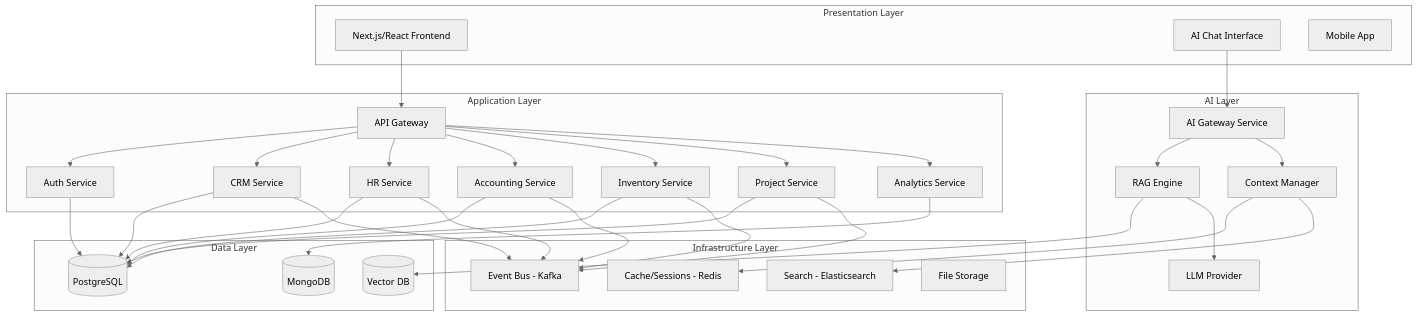
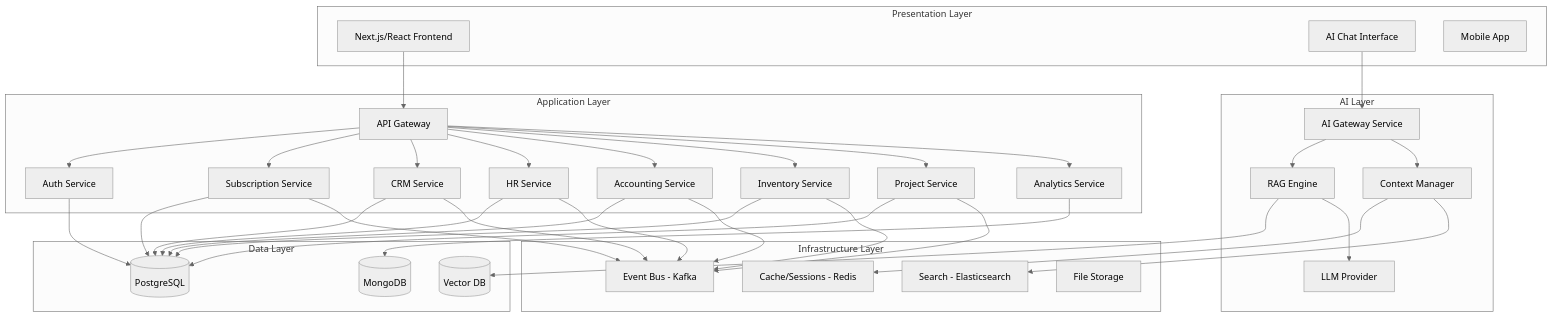
One commit to azad25/erp-suite changed the diagram in 02-architecture/design.md. Above: the diagram before and after it, drawn with Mermaid (neutral theme). The commit also changed other lines of this file and 21 other files, not shown here.

Commit message:
Project architecture update for saas model

````diff
--- a/02-architecture/design.md
+++ b/02-architecture/design.md
@@ -13,70 +13,74 @@
 ```mermaid
 graph TB
     subgraph "Presentation Layer"
         UI[Next.js/React Frontend]
         Chat[AI Chat Interface]
         Mobile[Mobile App]
     end
     
     subgraph "AI Layer"
         AIGateway[AI Gateway Service]
         RAG[RAG Engine]
         LLM[LLM Provider]
         Context[Context Manager]
     end
     
     subgraph "Application Layer"
         Gateway[API Gateway]
         Auth[Auth Service]
+        Subscription[Subscription Service]
         CRM[CRM Service]
         HR[HR Service]
         Accounting[Accounting Service]
         Inventory[Inventory Service]
         Projects[Project Service]
         Analytics[Analytics Service]
     end
     
     subgraph "Infrastructure Layer"
         Kafka[Event Bus - Kafka]
         Redis[Cache/Sessions - Redis]
         Search[Search - Elasticsearch]
         Files[File Storage]
     end
     
     subgraph "Data Layer"
         PostgreSQL[(PostgreSQL)]
         MongoDB[(MongoDB)]
         Vector[(Vector DB)]
     end
     
     UI --> Gateway
     Chat --> AIGateway
     AIGateway --> RAG
     RAG --> Vector
     RAG --> LLM
     Gateway --> Auth
+    Gateway --> Subscription
     Gateway --> CRM
     Gateway --> HR
     Gateway --> Accounting
     Gateway --> Inventory
     Gateway --> Projects
     Gateway --> Analytics
     
     Auth --> PostgreSQL
+    Subscription --> PostgreSQL
     CRM --> PostgreSQL
     HR --> PostgreSQL
     Accounting --> PostgreSQL
     Inventory --> PostgreSQL
     Projects --> PostgreSQL
     Analytics --> MongoDB
     
+    Subscription --> Kafka
     CRM --> Kafka
     HR --> Kafka
     Accounting --> Kafka
     Inventory --> Kafka
     Projects --> Kafka
     
     AIGateway --> Context
     Context --> Redis
     Context --> Search
 ```
````
